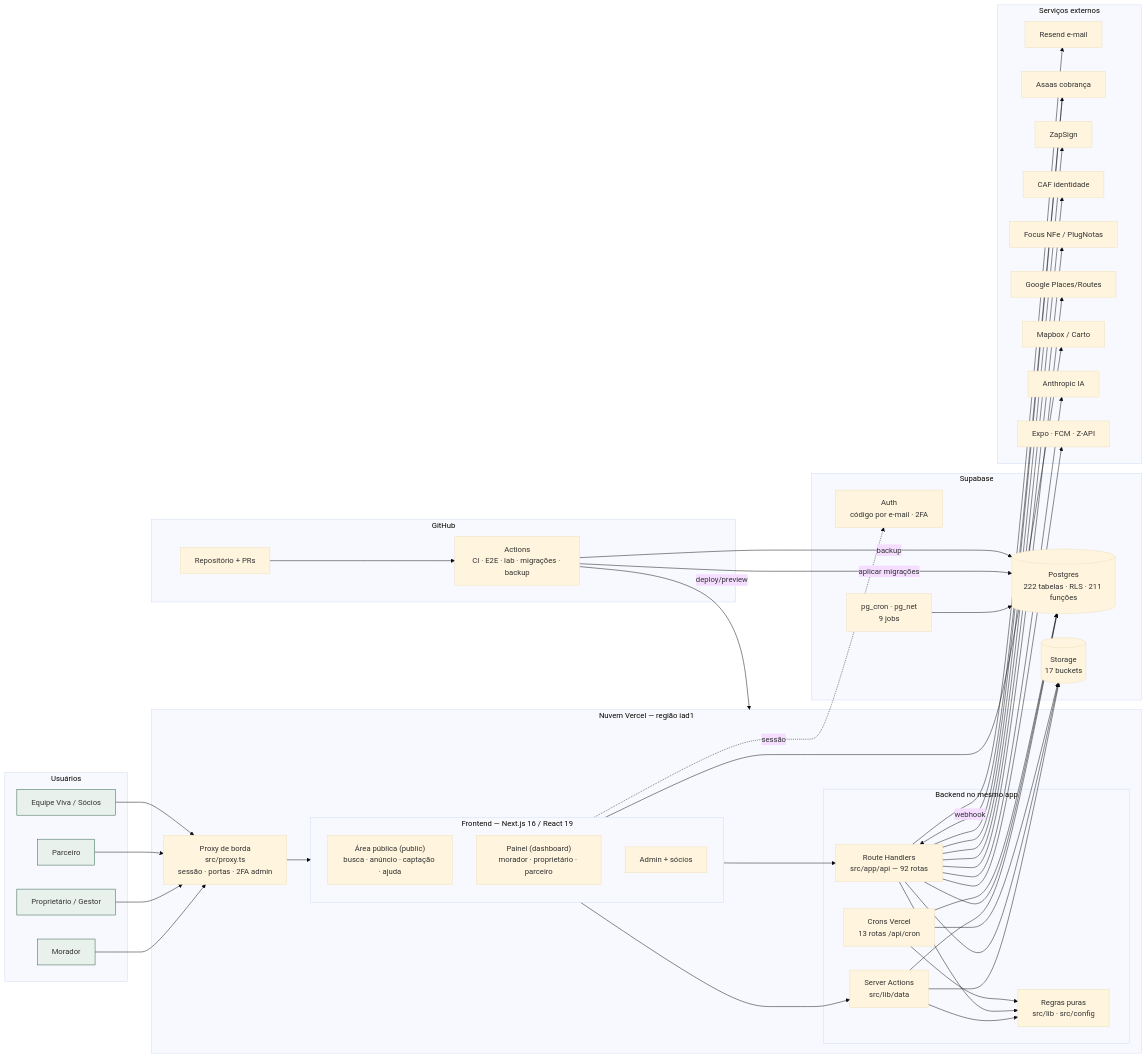
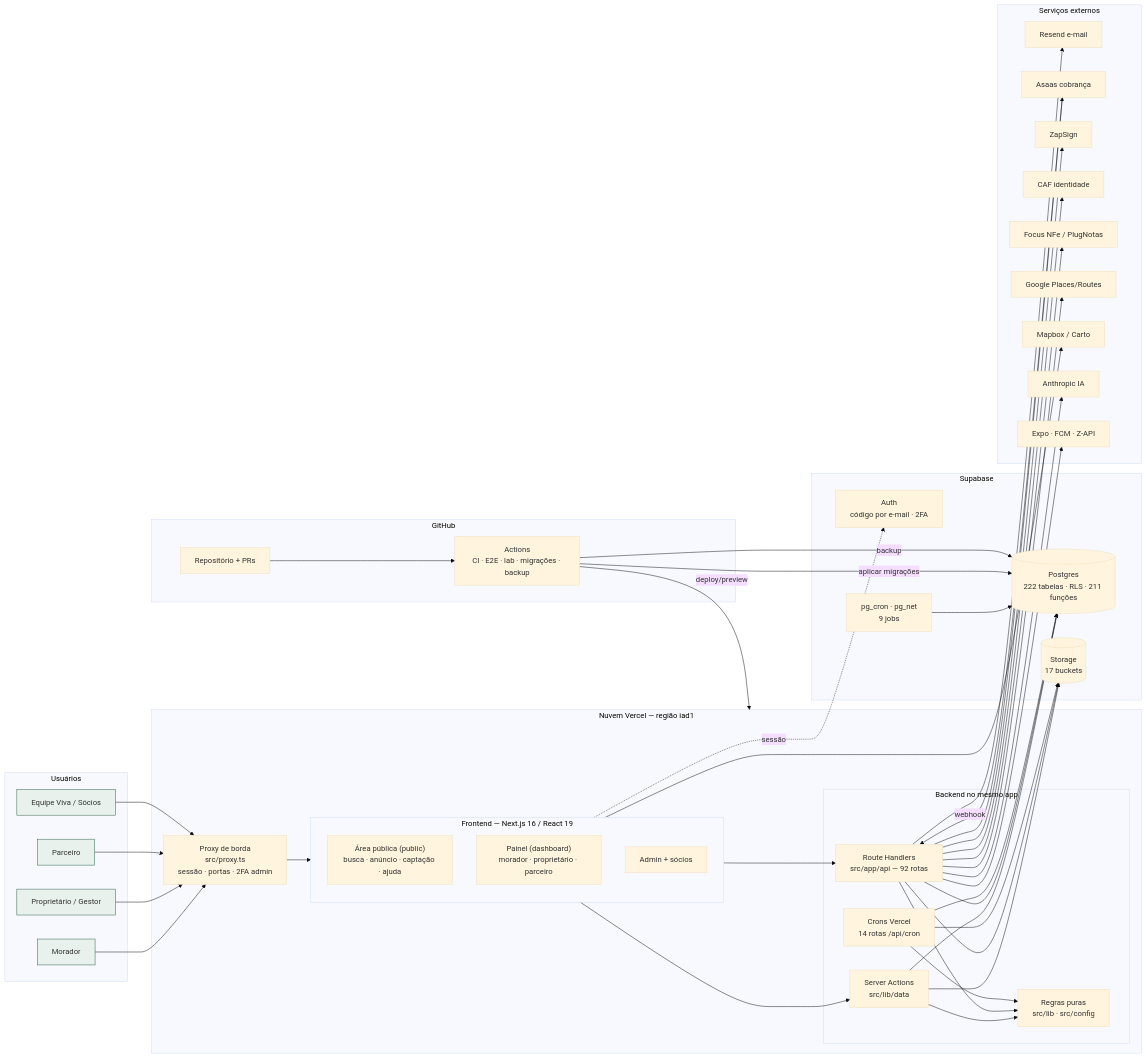
Before and after one commit to danielrodovalho228-ship-it/Viva-Nomads-Oficial: the diagram in docs/e867-documentacao-tecnica.md, drawn with Mermaid (base theme). The commit also changed other lines of this file and 4 other files, not shown here.

First line of the commit message:
ORDEM-DUET-273: a vigia da suíte — cron da Vercel 15 min depois de cada slot despacha o laboratorio.yml se a corrida não arrancou

````diff
--- a/docs/e867-documentacao-tecnica.md
+++ b/docs/e867-documentacao-tecnica.md
@@ -186,64 +187,64 @@
 ```mermaid
 flowchart LR
   subgraph U[Usuários]
     M[Morador]:::u
     P[Proprietário / Gestor]:::u
     PA[Parceiro]:::u
     EQ[Equipe Viva / Sócios]:::u
   end
 
   subgraph V[Nuvem Vercel — região iad1]
     PX[Proxy de borda<br/>src/proxy.ts<br/>sessão · portas · 2FA admin]
     subgraph FE[Frontend — Next.js 16 / React 19]
       PUB["Área pública (public)<br/>busca · anúncio · captação · ajuda"]
       DASH["Painel (dashboard)<br/>morador · proprietário · parceiro"]
       ADM["Admin + sócios"]
     end
     subgraph BE[Backend no mesmo app]
       SA[Server Actions<br/>src/lib/data]
       API[Route Handlers<br/>src/app/api — 92 rotas]
-      CR[Crons Vercel<br/>13 rotas /api/cron]
+      CR[Crons Vercel<br/>14 rotas /api/cron]
       RP[Regras puras<br/>src/lib · src/config]
     end
   end
 
   subgraph SB[Supabase]
     AUTH[Auth<br/>código por e-mail · 2FA]
     DB[(Postgres<br/>222 tabelas · RLS · 211 funções)]
     ST[(Storage<br/>17 buckets)]
     PGC[pg_cron · pg_net<br/>9 jobs]
   end
 
   subgraph EXT[Serviços externos]
     RS[Resend e-mail]
     AS[Asaas cobrança]
     ZS[ZapSign]
     CAF[CAF identidade]
     NF[Focus NFe / PlugNotas]
     GG[Google Places/Routes]
     MB[Mapbox / Carto]
     AN[Anthropic IA]
     PU[Expo · FCM · Z-API]
   end
 
   subgraph GH[GitHub]
     REPO[Repositório + PRs]
     ACT[Actions<br/>CI · E2E · lab · migrações · backup]
   end
 
   M & P & PA & EQ --> PX --> FE
   FE --> SA & API
   SA & API & CR --> RP
   SA & API & CR --> DB & ST
   FE -. sessão .-> AUTH
   PGC --> DB
   API --> RS & AS & ZS & CAF & NF & GG & AN & PU
   FE --> MB
   AS -- webhook --> API
   REPO --> ACT
   ACT -- deploy/preview --> V
   ACT -- aplicar migrações --> DB
   ACT -- backup --> DB
 
   classDef u fill:#e8f1ec,stroke:#2f5d4a;
 ```
````
